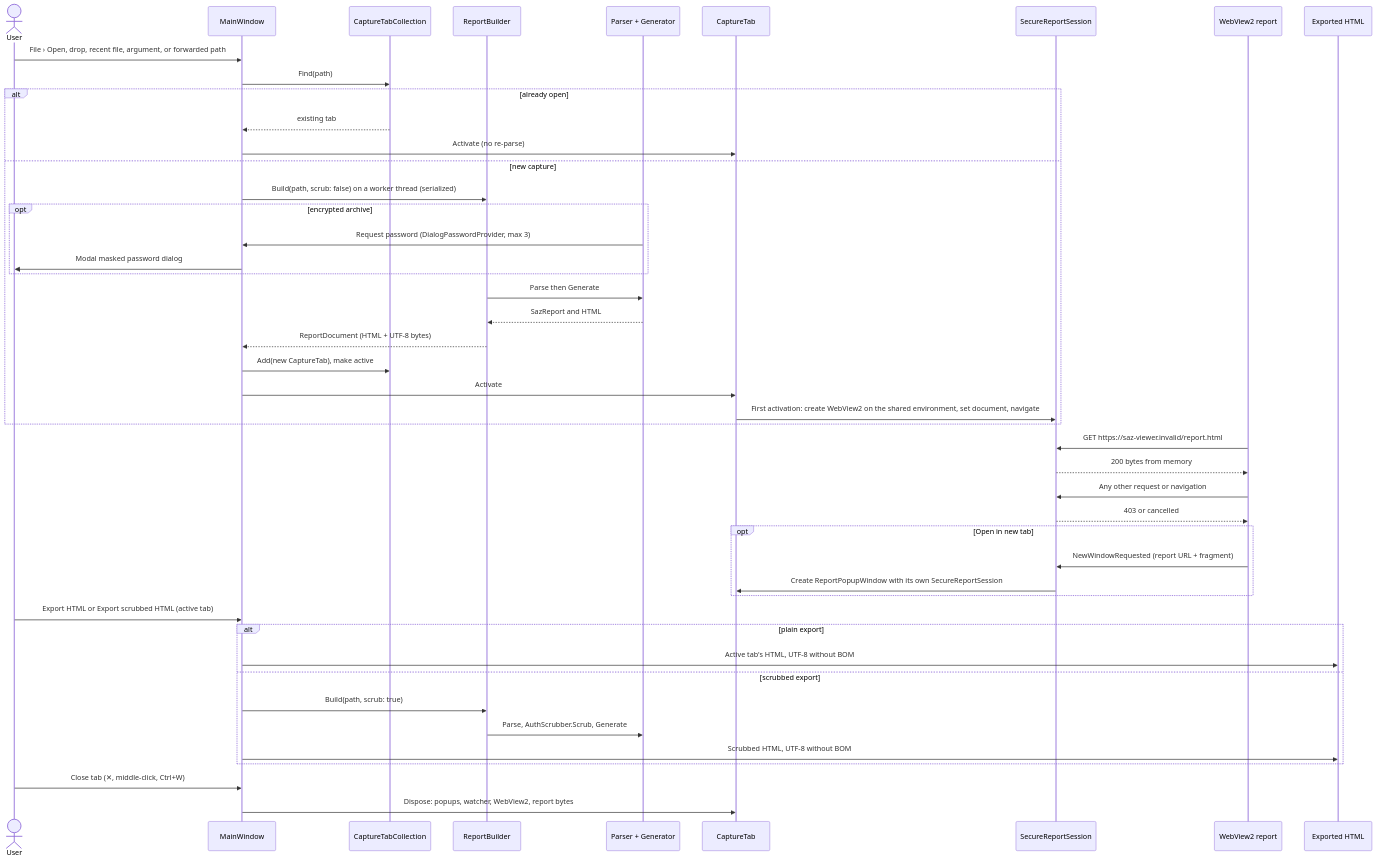
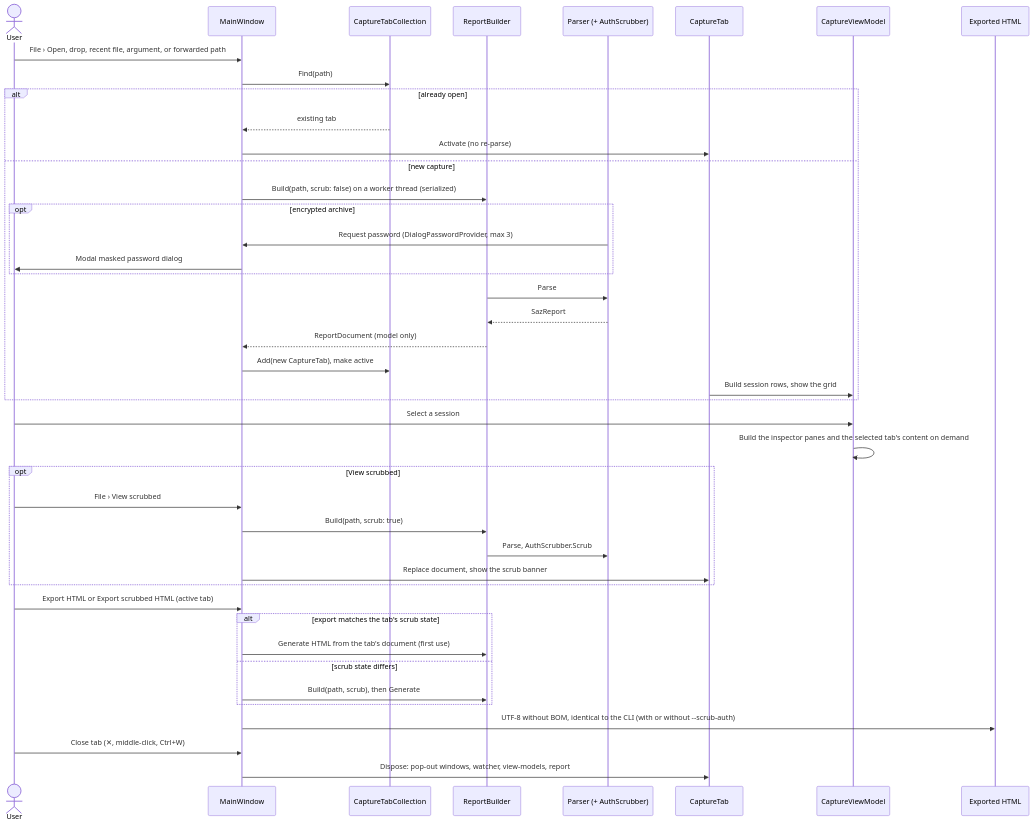
Before and after one commit to macienMSFT/Saz-Viewer: the second of 5 diagrams in docs/architecture/data-flow.md, drawn with Mermaid. The commit also changed other lines of this file and 5 other files, not shown here.

Commit message:
Docs: native desktop view architecture, lazy loading, and WebView sandbox

````diff
--- a/docs/architecture/data-flow.md
+++ b/docs/architecture/data-flow.md
@@ -39,49 +39,46 @@
 ```mermaid
 sequenceDiagram
     actor User
     participant Win as MainWindow
     participant Tabs as CaptureTabCollection
     participant Builder as ReportBuilder
-    participant Core as Parser + Generator
+    participant Core as Parser (+ AuthScrubber)
     participant Tab as CaptureTab
-    participant Session as SecureReportSession
-    participant View as WebView2 report
+    participant VM as CaptureViewModel
     participant Disk as Exported HTML
 
     User->>Win: File › Open, drop, recent file, argument, or forwarded path
     Win->>Tabs: Find(path)
     alt already open
         Tabs-->>Win: existing tab
         Win->>Tab: Activate (no re-parse)
     else new capture
         Win->>Builder: Build(path, scrub: false) on a worker thread (serialized)
         opt encrypted archive
             Core->>Win: Request password (DialogPasswordProvider, max 3)
             Win->>User: Modal masked password dialog
         end
-        Builder->>Core: Parse then Generate
-        Core-->>Builder: SazReport and HTML
-        Builder-->>Win: ReportDocument (HTML + UTF-8 bytes)
+        Builder->>Core: Parse
+        Core-->>Builder: SazReport
+        Builder-->>Win: ReportDocument (model only)
         Win->>Tabs: Add(new CaptureTab), make active
-        Win->>Tab: Activate
-        Tab->>Session: First activation: create WebView2 on the shared environment, set document, navigate
+        Tab->>VM: Build session rows, show the grid
     end
-    View->>Session: GET https://saz-viewer.invalid/report.html
-    Session-->>View: 200 bytes from memory
-    View->>Session: Any other request or navigation
-    Session-->>View: 403 or cancelled
-    opt Open in new tab
-        View->>Session: NewWindowRequested (report URL + fragment)
-        Session->>Tab: Create ReportPopupWindow with its own SecureReportSession
+    User->>VM: Select a session
+    VM->>VM: Build the inspector panes and the selected tab's content on demand
+    opt View scrubbed
+        User->>Win: File › View scrubbed
+        Win->>Builder: Build(path, scrub: true)
+        Builder->>Core: Parse, AuthScrubber.Scrub
+        Win->>Tab: Replace document, show the scrub banner
     end
     User->>Win: Export HTML or Export scrubbed HTML (active tab)
-    alt plain export
-        Win->>Disk: Active tab's HTML, UTF-8 without BOM
-    else scrubbed export
-        Win->>Builder: Build(path, scrub: true)
-        Builder->>Core: Parse, AuthScrubber.Scrub, Generate
-        Win->>Disk: Scrubbed HTML, UTF-8 without BOM
+    alt export matches the tab's scrub state
+        Win->>Builder: Generate HTML from the tab's document (first use)
+    else scrub state differs
+        Win->>Builder: Build(path, scrub), then Generate
     end
+    Win->>Disk: UTF-8 without BOM, identical to the CLI (with or without --scrub-auth)
     User->>Win: Close tab (✕, middle-click, Ctrl+W)
-    Win->>Tab: Dispose: popups, watcher, WebView2, report bytes
+    Win->>Tab: Dispose: pop-out windows, watcher, view-models, report
 ```
````
